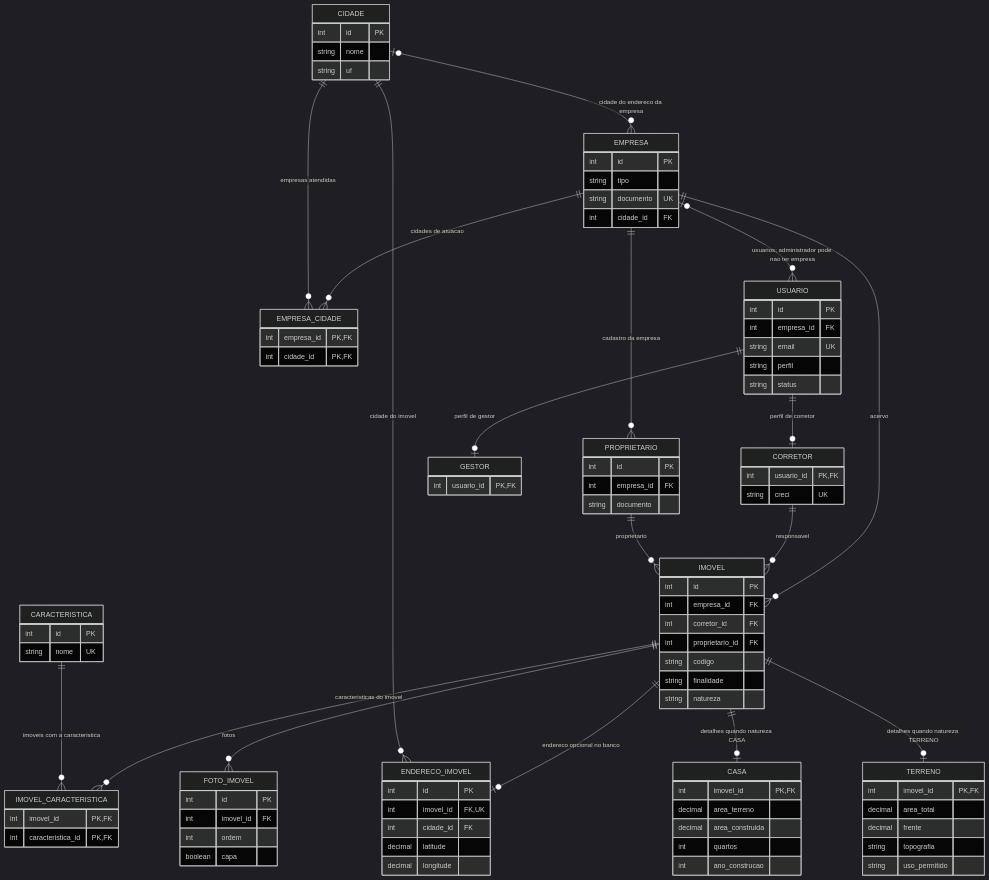
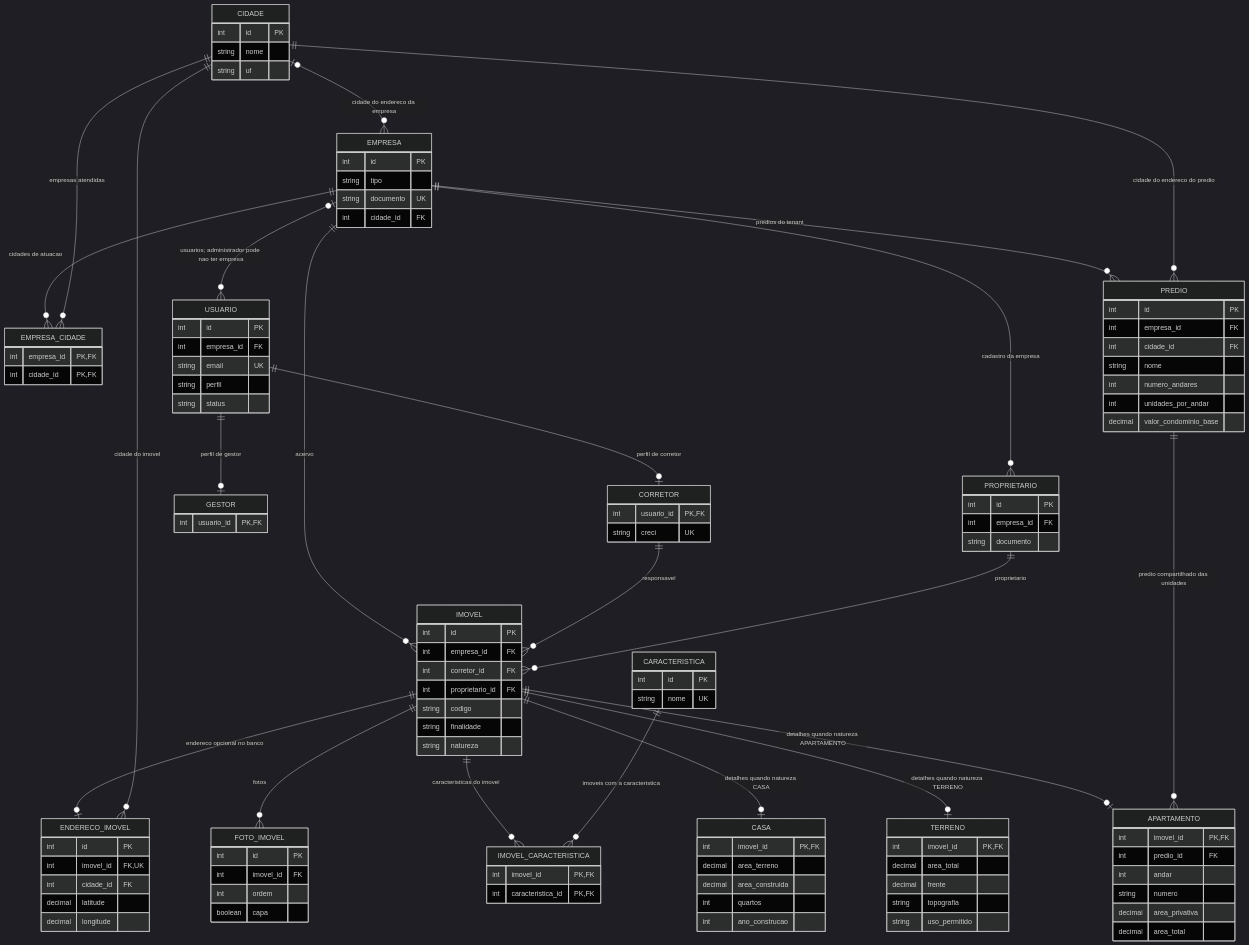
One commit to AllisonMarquesSouza/aluguel-imoveis-api changed the diagram in src/main/java/com/br/meuimovel/docs/arquitetura.md. Above: the diagram before and after it, drawn with Mermaid (dark theme). The commit also changed other lines of this file and 2 other files, not shown here.

Commit message:
docs(imovel): documentar cadastro de prédios e apartamentos

````diff
--- a/src/main/java/com/br/meuimovel/docs/arquitetura.md
+++ b/src/main/java/com/br/meuimovel/docs/arquitetura.md
@@ -88,6 +88,23 @@
         string topografia
         string uso_permitido
     }
+    PREDIO {
+        int id PK
+        int empresa_id FK
+        int cidade_id FK
+        string nome
+        int numero_andares
+        int unidades_por_andar
+        decimal valor_condominio_base
+    }
+    APARTAMENTO {
+        int imovel_id PK, FK
+        int predio_id FK
+        int andar
+        string numero
+        decimal area_privativa
+        decimal area_total
+    }
 
     CIDADE o|--o{ EMPRESA : "cidade do endereco da empresa"
     EMPRESA ||--o{ EMPRESA_CIDADE : "cidades de atuacao"
@@ -106,4 +123,8 @@
     CARACTERISTICA ||--o{ IMOVEL_CARACTERISTICA : "imoveis com a caracteristica"
     IMOVEL ||--o| CASA : "detalhes quando natureza CASA"
     IMOVEL ||--o| TERRENO : "detalhes quando natureza TERRENO"
+    IMOVEL ||--o| APARTAMENTO : "detalhes quando natureza APARTAMENTO"
+    PREDIO ||--o{ APARTAMENTO : "predio compartilhado das unidades"
+    EMPRESA ||--o{ PREDIO : "predios do tenant"
+    CIDADE ||--o{ PREDIO : "cidade do endereco do predio"
 ```
````
